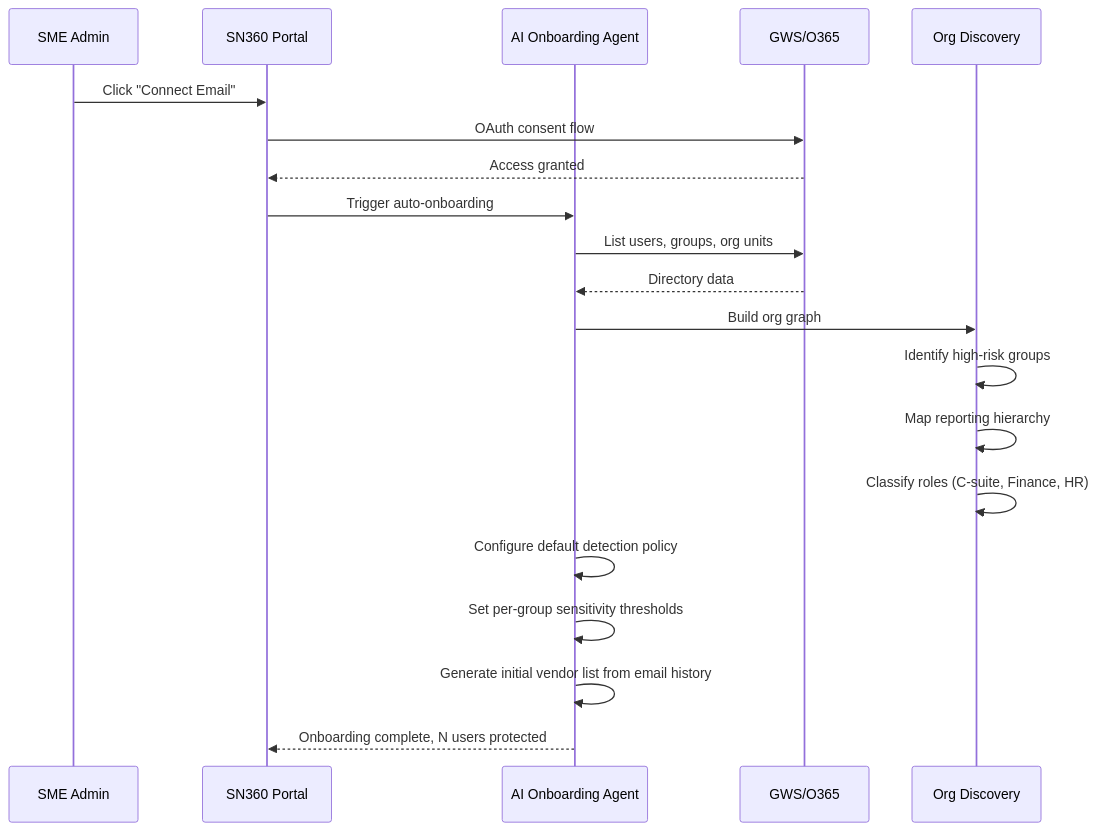
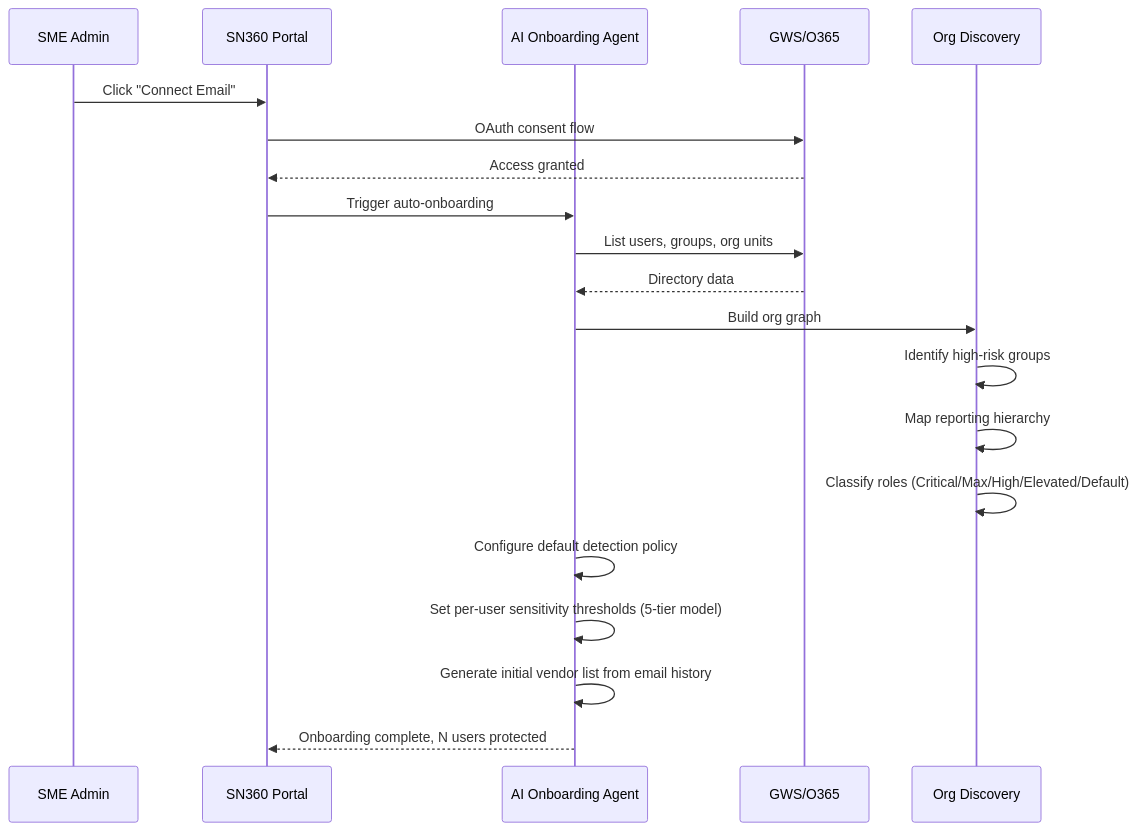
Before and after one commit to kennguy3n/sn360-es: the second of 5 diagrams in internal/docs/PROPOSAL.md, drawn with Mermaid. The commit also changed other lines of this file and 15 other files, not shown here.

````diff
--- a/internal/docs/PROPOSAL.md
+++ b/internal/docs/PROPOSAL.md
@@ -374,23 +374,23 @@
 ```mermaid
 sequenceDiagram
     participant Admin as SME Admin
     participant UI as SN360 Portal
     participant Agent as AI Onboarding Agent
     participant Provider as GWS/O365
     participant Discovery as Org Discovery
 
     Admin->>UI: Click "Connect Email"
     UI->>Provider: OAuth consent flow
     Provider-->>UI: Access granted
     UI->>Agent: Trigger auto-onboarding
     Agent->>Provider: List users, groups, org units
     Provider-->>Agent: Directory data
     Agent->>Discovery: Build org graph
     Discovery->>Discovery: Identify high-risk groups
     Discovery->>Discovery: Map reporting hierarchy
-    Discovery->>Discovery: Classify roles (C-suite, Finance, HR)
+    Discovery->>Discovery: Classify roles (Critical/Max/High/Elevated/Default)
     Agent->>Agent: Configure default detection policy
-    Agent->>Agent: Set per-group sensitivity thresholds
+    Agent->>Agent: Set per-user sensitivity thresholds (5-tier model)
     Agent->>Agent: Generate initial vendor list from email history
     Agent-->>UI: Onboarding complete, N users protected
 ```
````
